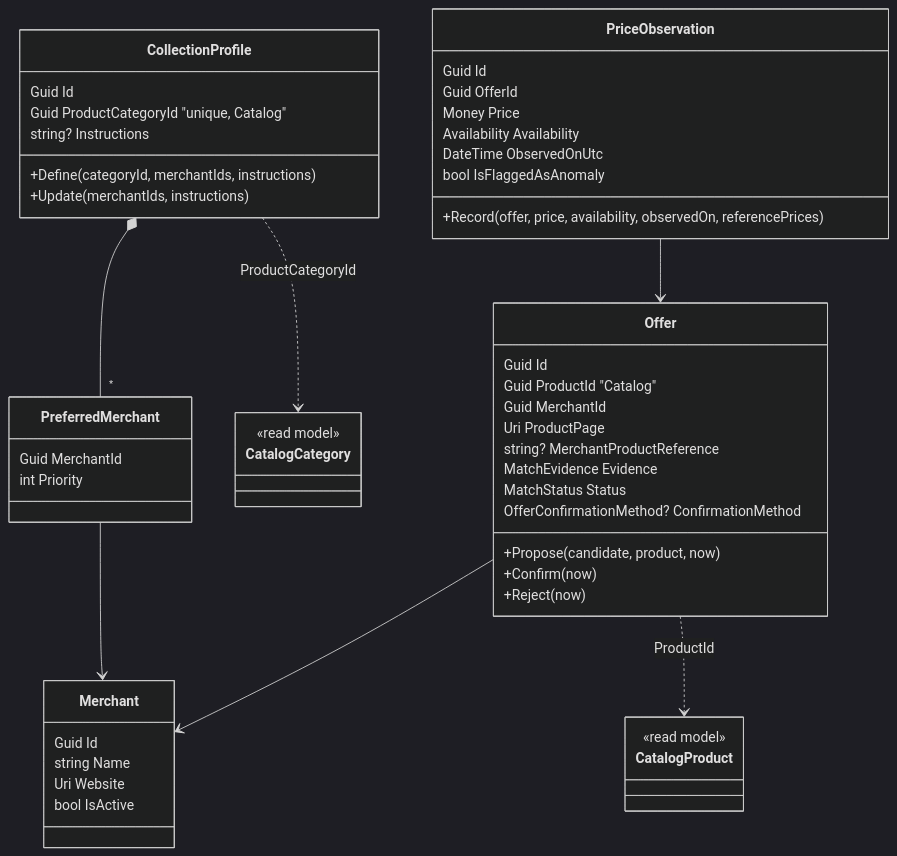
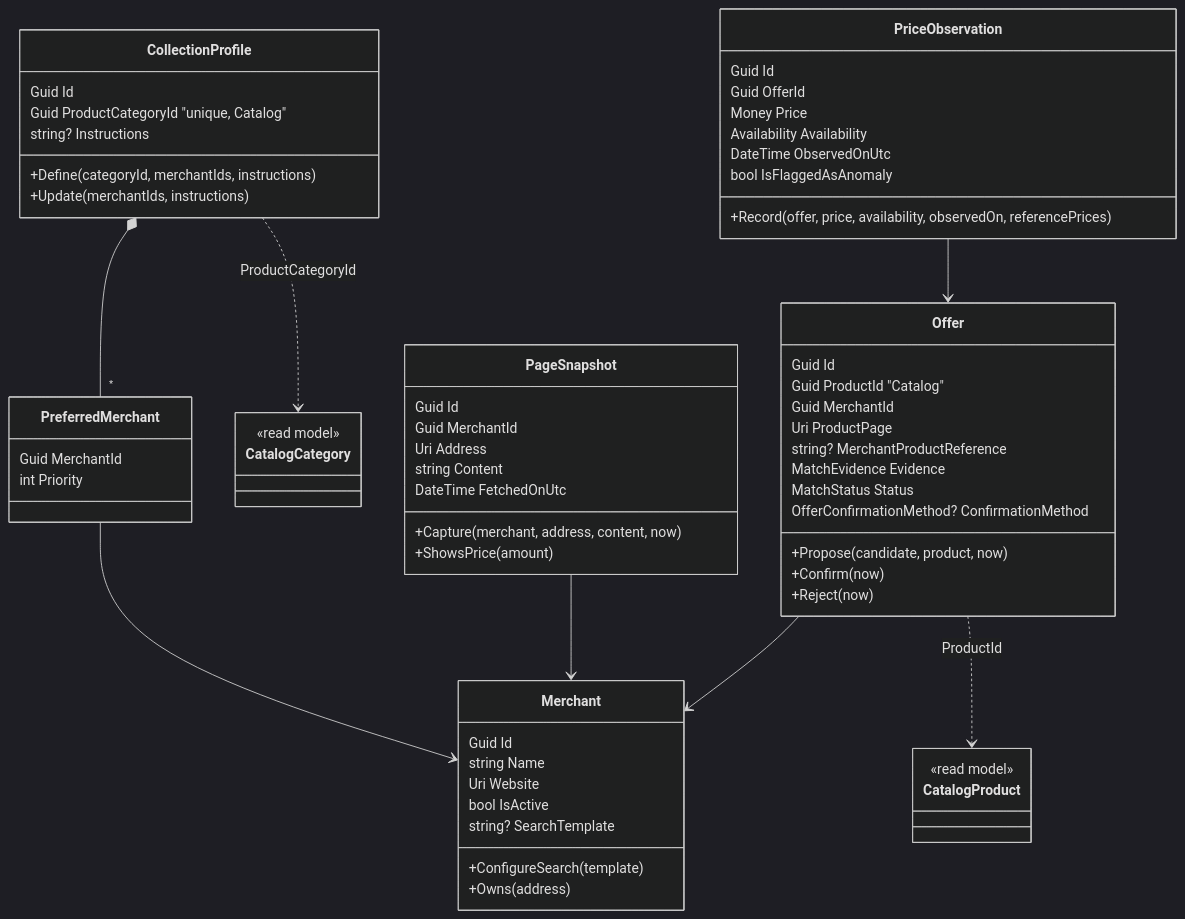
The second of 3 diagrams in docs/architecture/model.md (Dea972/Pricely), drawn with Mermaid (dark theme) before and after one commit. The commit also changed 8 other files, not shown here.

````diff
--- a/docs/architecture/model.md
+++ b/docs/architecture/model.md
@@ -39,54 +39,67 @@
 ```mermaid
 classDiagram
     class Merchant {
         Guid Id
         string Name
         Uri Website
         bool IsActive
+        string? SearchTemplate
+        +ConfigureSearch(template)
+        +Owns(address)
     }
     class CollectionProfile {
         Guid Id
         Guid ProductCategoryId  "unique, Catalog"
         string? Instructions
         +Define(categoryId, merchantIds, instructions)
         +Update(merchantIds, instructions)
     }
     class PreferredMerchant {
         Guid MerchantId
         int Priority
     }
     class Offer {
         Guid Id
         Guid ProductId  "Catalog"
         Guid MerchantId
         Uri ProductPage
         string? MerchantProductReference
         MatchEvidence Evidence
         MatchStatus Status
         OfferConfirmationMethod? ConfirmationMethod
         +Propose(candidate, product, now)
         +Confirm(now)
         +Reject(now)
     }
     class PriceObservation {
         Guid Id
         Guid OfferId
         Money Price
         Availability Availability
         DateTime ObservedOnUtc
         bool IsFlaggedAsAnomaly
         +Record(offer, price, availability, observedOn, referencePrices)
     }
+    class PageSnapshot {
+        Guid Id
+        Guid MerchantId
+        Uri Address
+        string Content
+        DateTime FetchedOnUtc
+        +Capture(merchant, address, content, now)
+        +ShowsPrice(amount)
+    }
     class CatalogProduct {
         <<read model>>
     }
     class CatalogCategory {
         <<read model>>
     }
     CollectionProfile *-- "*" PreferredMerchant
     PreferredMerchant --> Merchant
     Offer --> Merchant
     PriceObservation --> Offer
+    PageSnapshot --> Merchant
     Offer ..> CatalogProduct : ProductId
     CollectionProfile ..> CatalogCategory : ProductCategoryId
 ```
````
